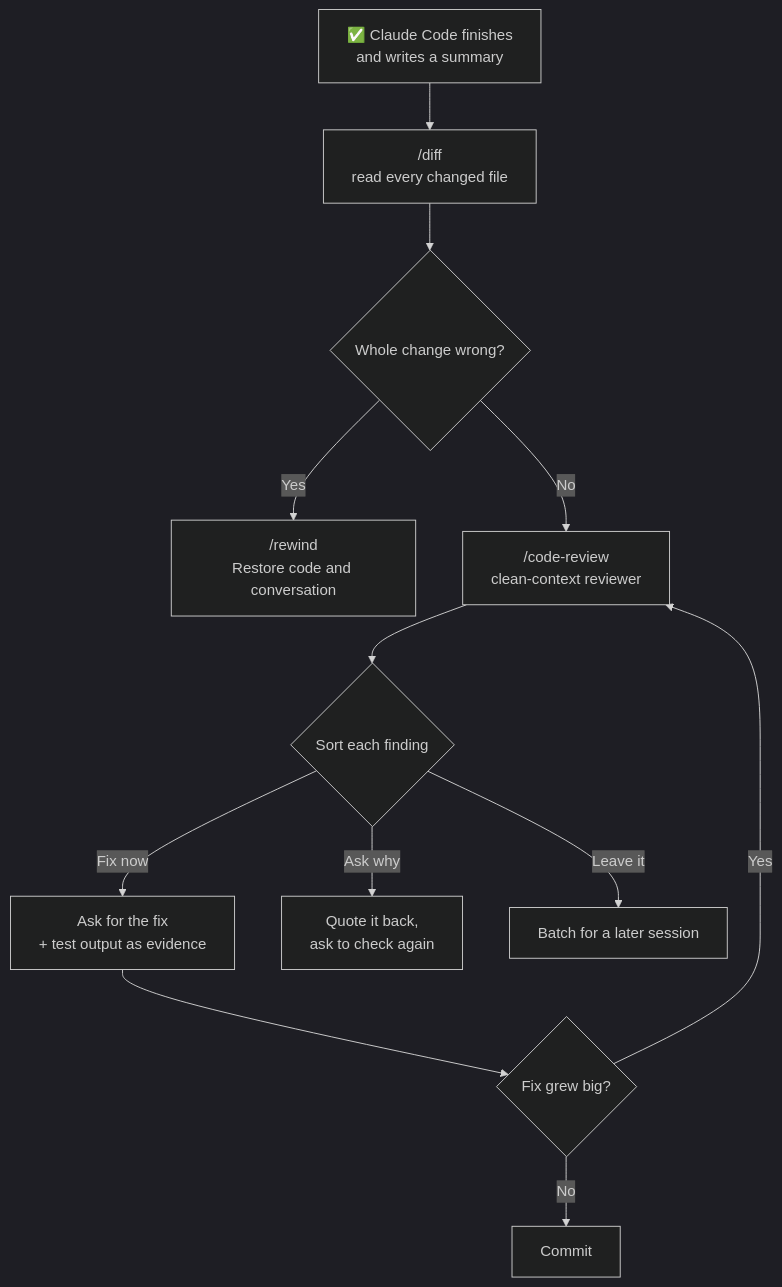
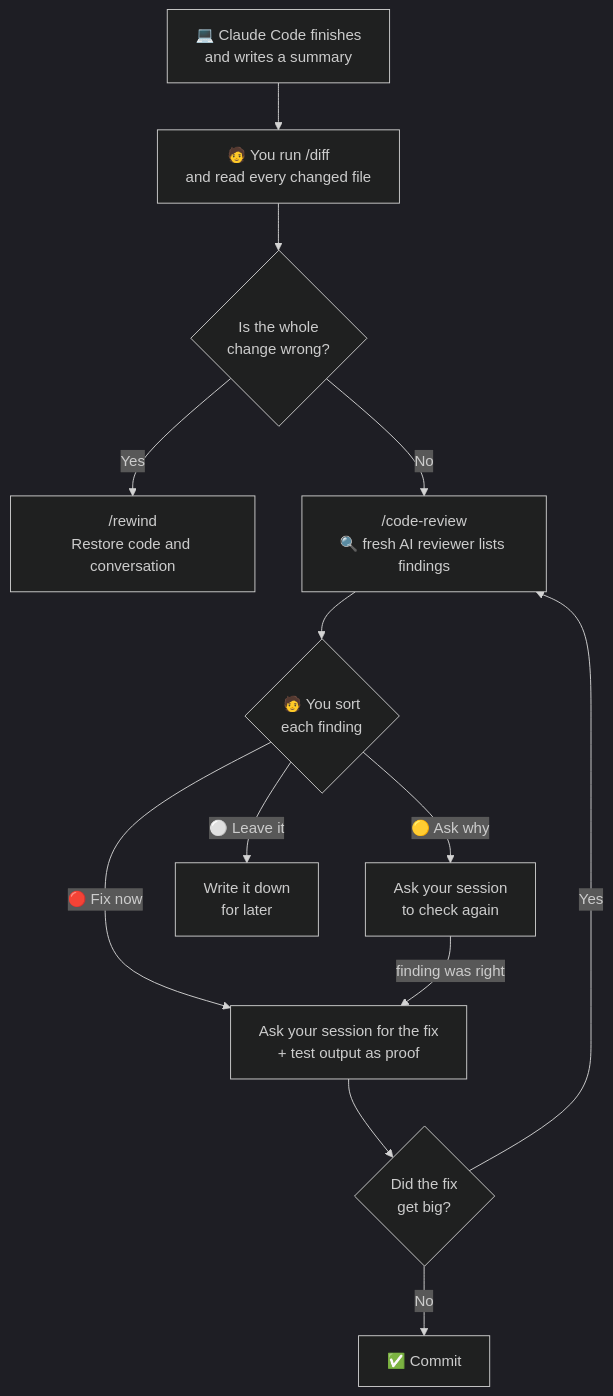
Before and after one commit to nirajp82/ClaudeArchitectProfessionalStudyGuide: the third of 3 diagrams in 01_ClaudeCode101/07-code-review.md, drawn with Mermaid (dark theme). The commit also changed other lines of this file, not shown here.

````diff
--- a/01_ClaudeCode101/07-code-review.md
+++ b/01_ClaudeCode101/07-code-review.md
@@ -293,14 +412,15 @@
 ```mermaid
 flowchart TD
-    A["✅ Claude Code finishes<br/>and writes a summary"] --> B["/diff<br/>read every changed file"]
-    B --> W{"Whole change wrong?"}
+    A["💻 Claude Code finishes<br/>and writes a summary"] --> B["🧑 You run /diff<br/>and read every changed file"]
+    B --> W{"Is the whole<br/>change wrong?"}
     W -- "Yes" --> RW["/rewind<br/>Restore code and conversation"]
-    W -- "No" --> C["/code-review<br/>clean-context reviewer"]
-    C --> S{"Sort each finding"}
-    S -- "Fix now" --> F["Ask for the fix<br/>+ test output as evidence"]
-    S -- "Ask why" --> Q["Quote it back,<br/>ask to check again"]
-    S -- "Leave it" --> L["Batch for a later session"]
-    F --> BIG{"Fix grew big?"}
+    W -- "No" --> C["/code-review<br/>🔍 fresh AI reviewer lists findings"]
+    C --> S{"🧑 You sort<br/>each finding"}
+    S -- "🔴 Fix now" --> F["Ask your session for the fix<br/>+ test output as proof"]
+    S -- "🟡 Ask why" --> Q["Ask your session<br/>to check again"]
+    S -- "⚪ Leave it" --> L["Write it down<br/>for later"]
+    Q -- "finding was right" --> F
+    F --> BIG{"Did the fix<br/>get big?"}
     BIG -- "Yes" --> C
-    BIG -- "No" --> CM["Commit"]
+    BIG -- "No" --> CM["✅ Commit"]
 ```
````
